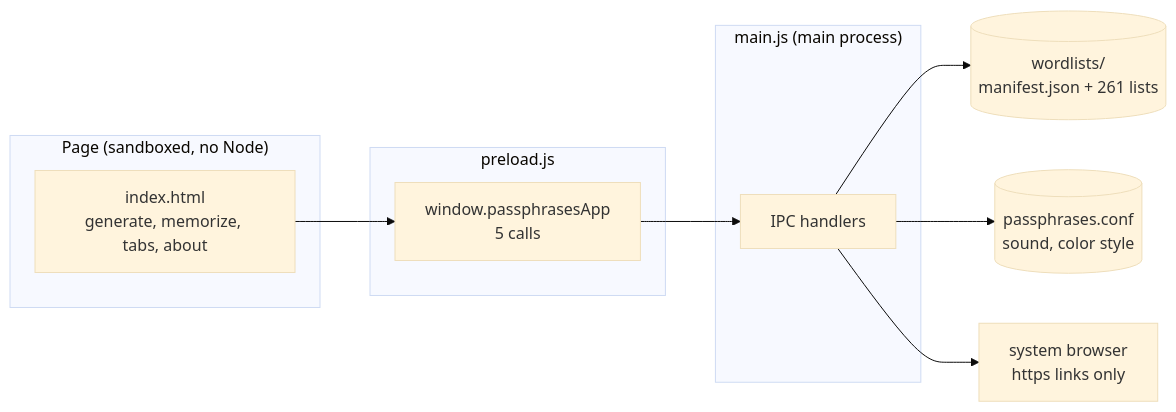
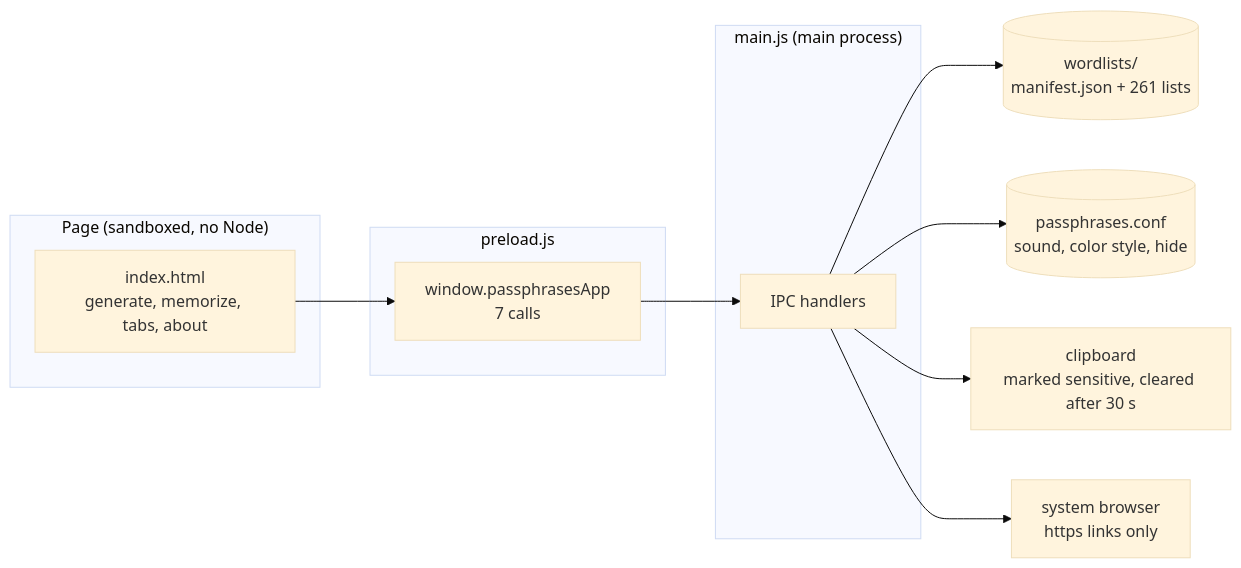
Before and after one commit to StephenGenusa/passphrases: the first of 5 diagrams in README.md, drawn with Mermaid (base theme). The commit also changed other lines of this file and 15 other files, not shown here.

````diff
--- a/README.md
+++ b/README.md
@@ -66,16 +71,17 @@
 ```mermaid
 flowchart LR
     subgraph Renderer["Page (sandboxed, no Node)"]
         UI["index.html<br/>generate, memorize, tabs, about"]
     end
     subgraph Bridge["preload.js"]
-        API["window.passphrasesApp<br/>5 calls"]
+        API["window.passphrasesApp<br/>7 calls"]
     end
     subgraph Main["main.js (main process)"]
         IPC["IPC handlers"]
     end
     UI --> API --> IPC
     IPC --> WL[("wordlists/<br/>manifest.json + 261 lists")]
-    IPC --> PREFS[("passphrases.conf<br/>sound, color style")]
+    IPC --> PREFS[("passphrases.conf<br/>sound, color style, hide")]
+    IPC --> CLIP["clipboard<br/>marked sensitive, cleared after 30 s"]
     IPC --> BROWSER["system browser<br/>https links only"]
 ```
````
